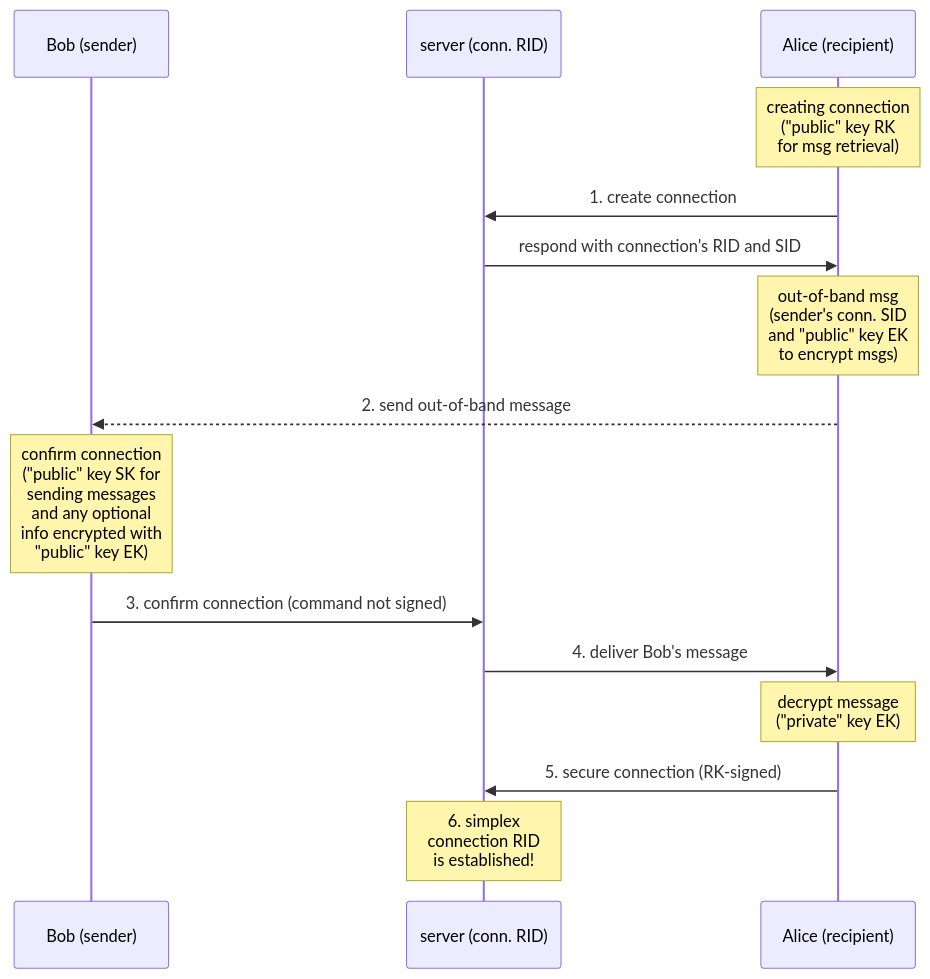
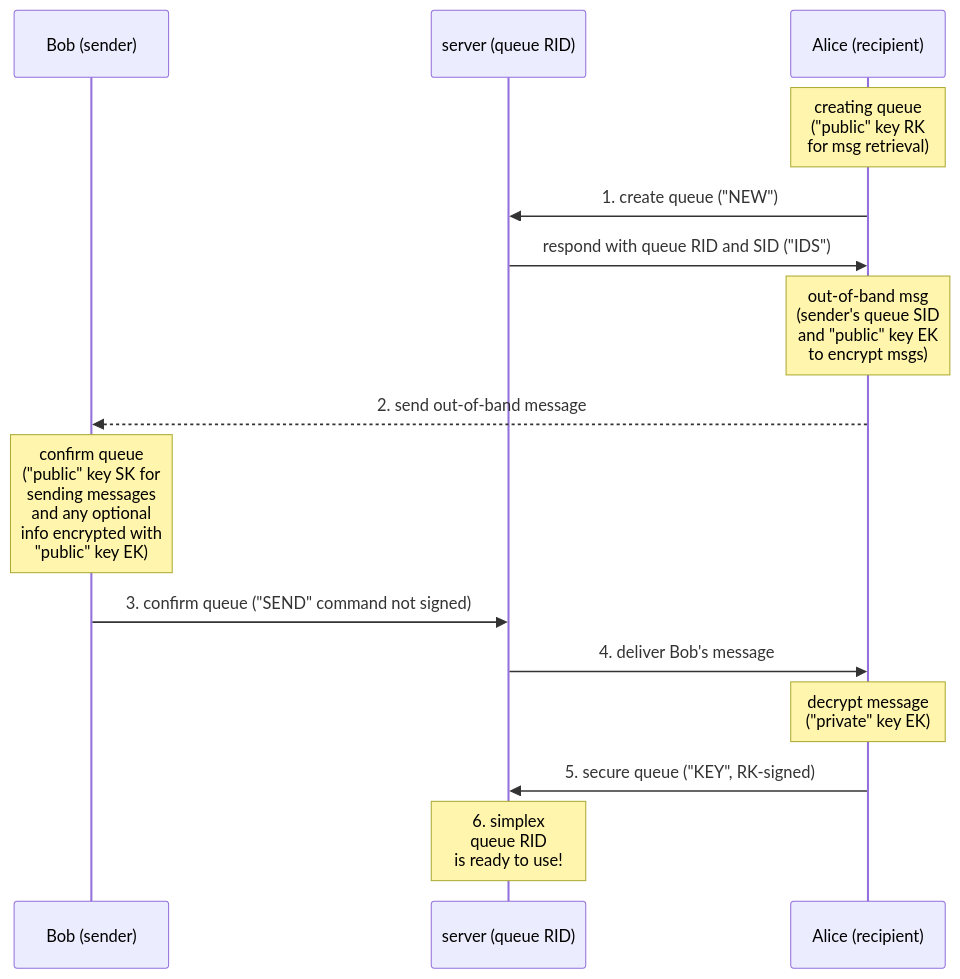
One commit to simplex-chat/simplex-chat changed the diagram in diagrams/simplex-messaging/simplex-creating.mmd. Above: the diagram before and after it, drawn with Mermaid. The commit also changed 6 other files, not shown here.

Commit message:
update protocol to use term "queue" to mean "SMP connection", CONN -> NEW

```diff
--- a/diagrams/simplex-messaging/simplex-creating.mmd
+++ b/diagrams/simplex-messaging/simplex-creating.mmd
@@ -1,20 +1,20 @@
 sequenceDiagram
   participant B as Bob (sender)
-  participant S as server (conn. RID)
+  participant S as server (queue RID)
   participant A as Alice (recipient)
 
-  note over A: creating connection<br>("public" key RK<br>for msg retrieval)
-  A ->> S: 1. create connection
-  S ->> A: respond with connection's RID and SID
+  note over A: creating queue<br>("public" key RK<br>for msg retrieval)
+  A ->> S: 1. create queue ("NEW")
+  S ->> A: respond with queue RID and SID ("IDS")
 
-  note over A: out-of-band msg<br>(sender's conn. SID<br>and "public" key EK<br>to encrypt msgs)
+  note over A: out-of-band msg<br>(sender's queue SID<br>and "public" key EK<br>to encrypt msgs)
   A -->> B: 2. send out-of-band message
 
-  note over B: confirm connection<br>("public" key SK for<br>sending messages<br>and any optional<br>info encrypted with<br>"public" key EK)
-  B ->> S: 3. confirm connection (command not signed)
+  note over B: confirm queue<br>("public" key SK for<br>sending messages<br>and any optional<br>info encrypted with<br>"public" key EK)
+  B ->> S: 3. confirm queue ("SEND" command not signed)
 
   S ->> A: 4. deliver Bob's message
   note over A: decrypt message<br>("private" key EK)
-  A ->> S: 5. secure connection (RK-signed)
+  A ->> S: 5. secure queue ("KEY", RK-signed)
 
-  note over S: 6. simplex<br>connection RID<br>is established!
+  note over S: 6. simplex<br>queue RID<br>is ready to use!
```
